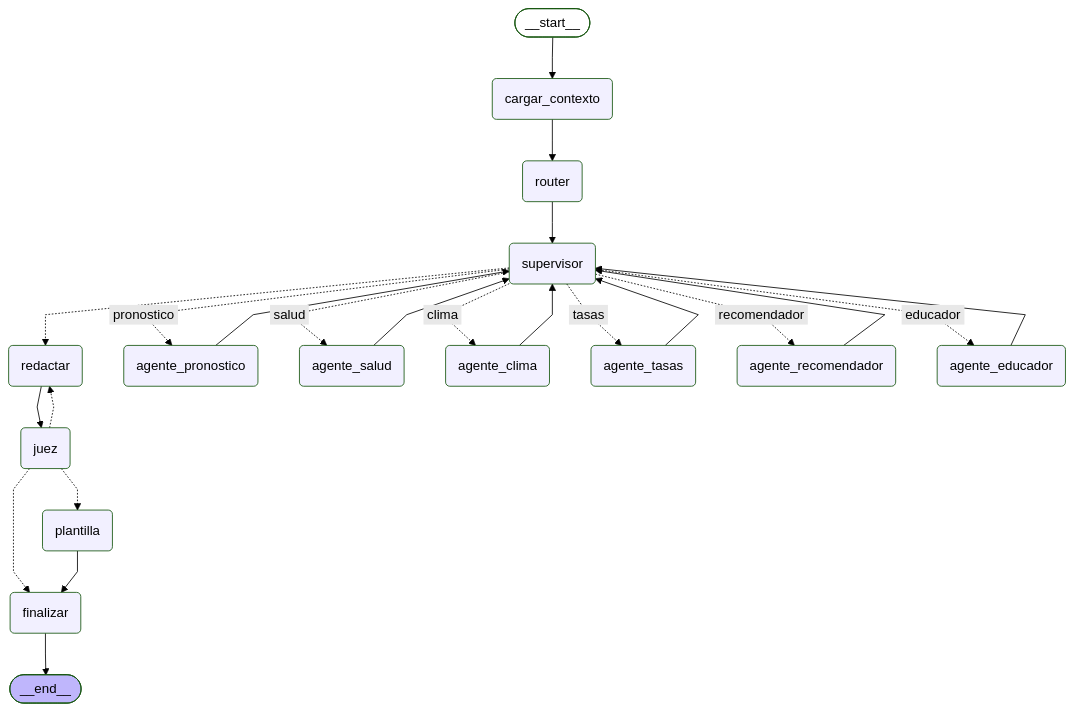
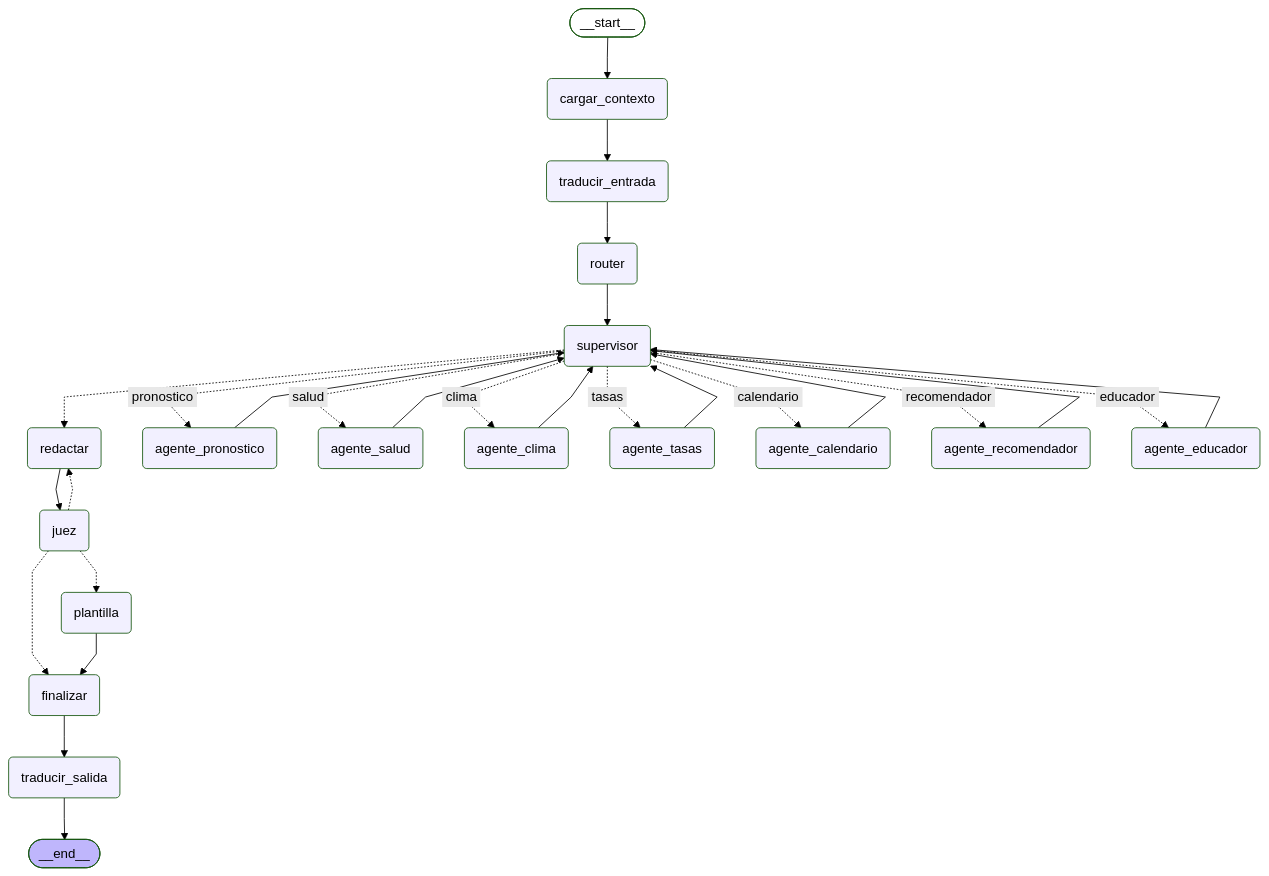
Before and after one commit to Nakusuo/Hackathon-BBVA-2026: the diagram in docs/diagramas/grafo_multiagente.md, drawn with Mermaid (forest theme). The commit also changed 14 other files, not shown here.

````diff
--- a/docs/diagramas/grafo_multiagente.md
+++ b/docs/diagramas/grafo_multiagente.md
@@ -5,49 +5,56 @@
 ```mermaid
 ---
 config:
   flowchart:
     curve: linear
 ---
 graph TD;
 	__start__([<p>__start__</p>]):::first
 	cargar_contexto(cargar_contexto)
+	traducir_entrada(traducir_entrada)
+	traducir_salida(traducir_salida)
 	router(router)
 	redactar(redactar)
 	juez(juez)
 	plantilla(plantilla)
 	finalizar(finalizar)
 	supervisor(supervisor)
 	agente_pronostico(agente_pronostico)
 	agente_salud(agente_salud)
 	agente_clima(agente_clima)
 	agente_tasas(agente_tasas)
+	agente_calendario(agente_calendario)
 	agente_recomendador(agente_recomendador)
 	agente_educador(agente_educador)
 	__end__([<p>__end__</p>]):::last
 	__start__ --> cargar_contexto;
+	agente_calendario --> supervisor;
 	agente_clima --> supervisor;
 	agente_educador --> supervisor;
 	agente_pronostico --> supervisor;
 	agente_recomendador --> supervisor;
 	agente_salud --> supervisor;
 	agente_tasas --> supervisor;
-	cargar_contexto --> router;
+	cargar_contexto --> traducir_entrada;
+	finalizar --> traducir_salida;
 	juez -.-> finalizar;
 	juez -.-> plantilla;
 	juez -.-> redactar;
 	plantilla --> finalizar;
 	redactar --> juez;
 	router --> supervisor;
+	supervisor -. &nbsp;calendario&nbsp; .-> agente_calendario;
 	supervisor -. &nbsp;clima&nbsp; .-> agente_clima;
 	supervisor -. &nbsp;educador&nbsp; .-> agente_educador;
 	supervisor -. &nbsp;pronostico&nbsp; .-> agente_pronostico;
 	supervisor -. &nbsp;recomendador&nbsp; .-> agente_recomendador;
 	supervisor -. &nbsp;salud&nbsp; .-> agente_salud;
 	supervisor -. &nbsp;tasas&nbsp; .-> agente_tasas;
 	supervisor -.-> redactar;
-	finalizar --> __end__;
+	traducir_entrada --> router;
+	traducir_salida --> __end__;
 	classDef default fill:#f2f0ff,line-height:1.2
 	classDef first fill-opacity:0
 	classDef last fill:#bfb6fc
 
 ```
````
